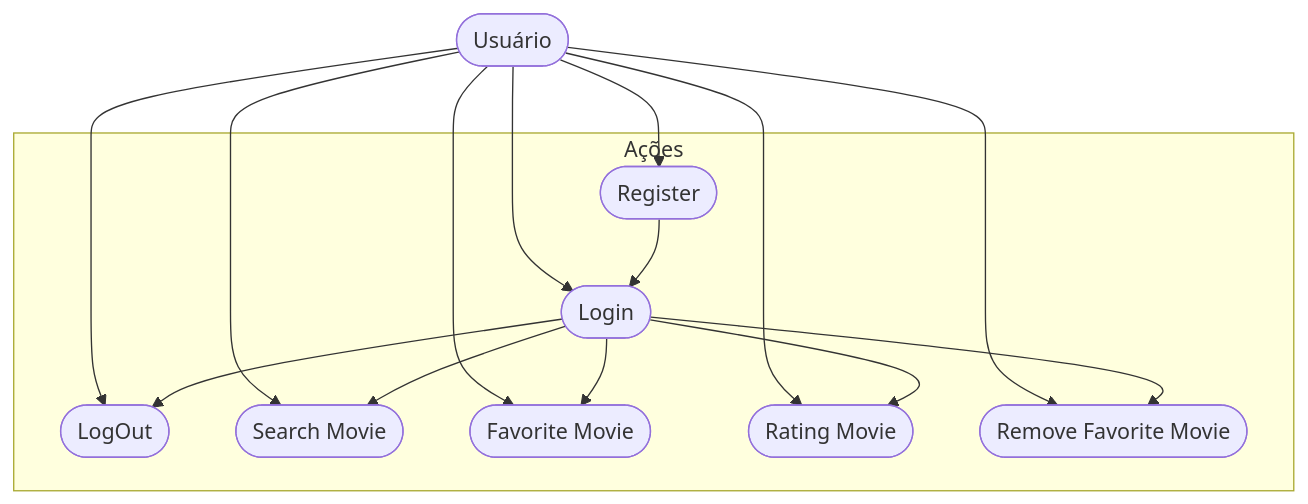
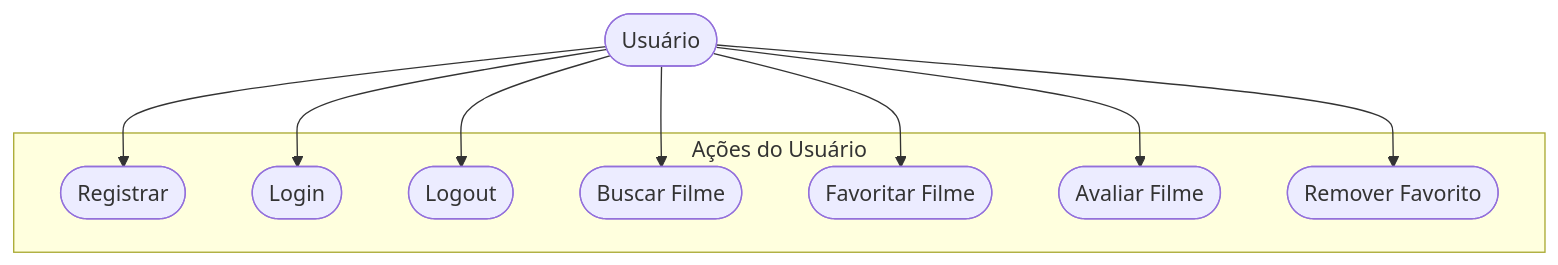
The second of 3 diagrams in FireBase/cine_favorite/README.md (matheuzinn7198/CursoMobile), drawn with Mermaid before and after one commit. The commit also changed other lines of this file, not shown here.

````diff
--- a/FireBase/cine_favorite/README.md
+++ b/FireBase/cine_favorite/README.md
@@ -81,30 +82,22 @@
 ```mermaid
 graph TD
-    subgraph "Ações"
-        uc1([Register])
+    subgraph "Ações do Usuário"
+        uc1([Registrar])
         uc2([Login])
-        uc3([LogOut])
-        uc4([Search Movie])
-        uc5([Favorite Movie])
-        uc6([Rating Movie])
-        uc7([Remove Favorite Movie])
+        uc3([Logout])
+        uc4([Buscar Filme])
+        uc5([Favoritar Filme])
+        uc6([Avaliar Filme])
+        uc7([Remover Favorito])
     end
 
     user([Usuário])
 
-    user --> uc1 
-    user --> uc2 
-    user --> uc3 
-    user --> uc4 
-    user --> uc5 
-    user --> uc6 
+    user --> uc1
+    user --> uc2
+    user --> uc3
+    user --> uc4
+    user --> uc5
+    user --> uc6
     user --> uc7
-
-    uc1 --> uc2
-    uc2 --> uc3
-    uc2 --> uc4
-    uc2 --> uc5
-    uc2 --> uc6
-    uc2 --> uc7
-
 ```
````
